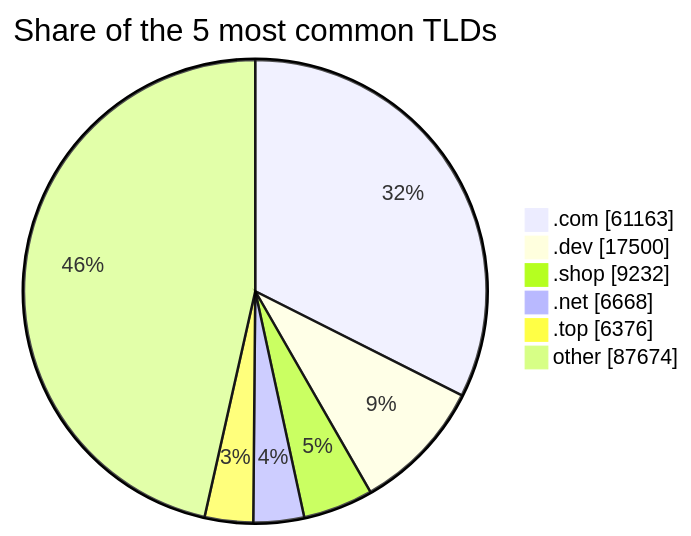
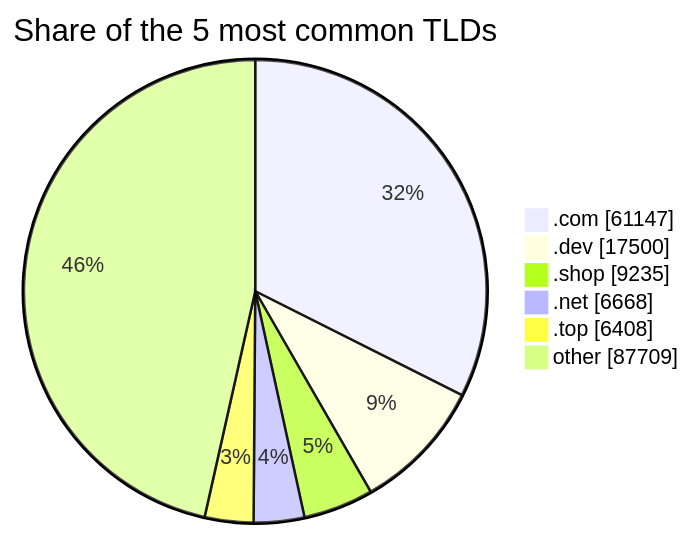
The third of 3 diagrams in README.md (DNSBunker/CTI), drawn with Mermaid before and after one commit. The commit also changed other lines of this file and 3 other files, not shown here.

````diff
--- a/README.md
+++ b/README.md
@@ -81,9 +81,9 @@
 ```mermaid
 pie showData title Share of the 5 most common TLDs
-    ".com" : 61163
+    ".com" : 61147
     ".dev" : 17500
-    ".shop" : 9232
+    ".shop" : 9235
     ".net" : 6668
-    ".top" : 6376
-    "other" : 87674
+    ".top" : 6408
+    "other" : 87709
 ```
````
